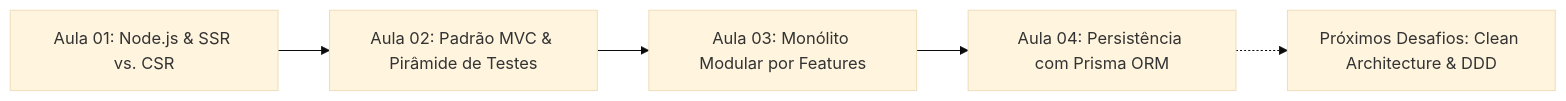
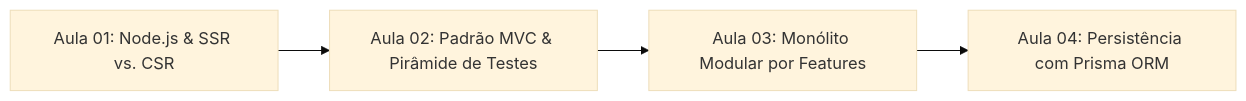
The diagram in README.md (FranGnMoraes/atividades-webII-tads), drawn with Mermaid (base theme) before and after one commit. The commit also changed other lines of this file, not shown here.

Commit message:
docs: remove seção de roadmap futuro do README

````diff
--- a/README.md
+++ b/README.md
@@ -25,7 +25,6 @@
 ```mermaid
 flowchart LR
     A["Aula 01: Node.js & SSR vs. CSR"] --> B["Aula 02: Padrão MVC & Pirâmide de Testes"]
     B --> C["Aula 03: Monólito Modular por Features"]
     C --> D["Aula 04: Persistência com Prisma ORM"]
-    D -.-> E["Próximos Desafios: Clean Architecture & DDD"]
 ```
````
